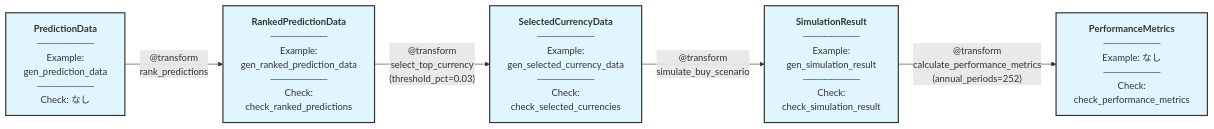
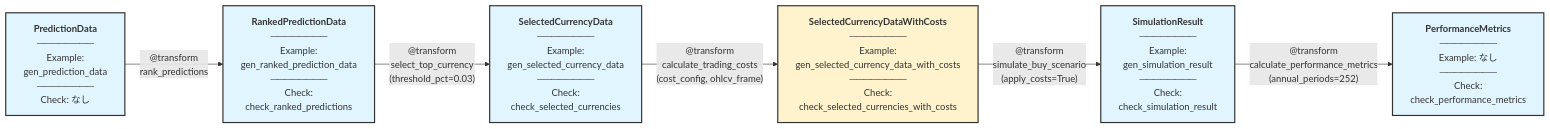
Before and after one commit to sablet/TransformFn: the diagram in doc/transformfn_spec/algo-trade-phase4-simulation-spec.md, drawn with Mermaid. The commit also changed other lines of this file and 5 other files, not shown here.

First line of the commit message:
feat: Add trading cost calculation and metrics evaluation functions

````diff
--- a/doc/transformfn_spec/algo-trade-phase4-simulation-spec.md
+++ b/doc/transformfn_spec/algo-trade-phase4-simulation-spec.md
@@ -9,23 +11,27 @@
 ```mermaid
 graph LR
     D1["<b>PredictionData</b><br/>────────<br/>Example:<br/>gen_prediction_data<br/>────────<br/>Check: なし"]
 
     D2["<b>RankedPredictionData</b><br/>────────<br/>Example:<br/>gen_ranked_prediction_data<br/>────────<br/>Check:<br/>check_ranked_predictions"]
 
     D3["<b>SelectedCurrencyData</b><br/>────────<br/>Example:<br/>gen_selected_currency_data<br/>────────<br/>Check:<br/>check_selected_currencies"]
 
+    D3_1["<b>SelectedCurrencyDataWithCosts</b><br/>────────<br/>Example:<br/>gen_selected_currency_data_with_costs<br/>────────<br/>Check:<br/>check_selected_currencies_with_costs"]
+
     D4["<b>SimulationResult</b><br/>────────<br/>Example:<br/>gen_simulation_result<br/>────────<br/>Check:<br/>check_simulation_result"]
 
     D5["<b>PerformanceMetrics</b><br/>────────<br/>Example: なし<br/>────────<br/>Check:<br/>check_performance_metrics"]
 
     D1 -->|"@transform<br/>rank_predictions"| D2
     D2 -->|"@transform<br/>select_top_currency<br/>(threshold_pct=0.03)"| D3
-    D3 -->|"@transform<br/>simulate_buy_scenario"| D4
+    D3 -->|"@transform<br/>calculate_trading_costs<br/>(cost_config, ohlcv_frame)"| D3_1
+    D3_1 -->|"@transform<br/>simulate_buy_scenario<br/>(apply_costs=True)"| D4
     D4 -->|"@transform<br/>calculate_performance_metrics<br/>(annual_periods=252)"| D5
 
     style D1 fill:#e1f5ff,stroke:#333,stroke-width:2px
     style D2 fill:#e1f5ff,stroke:#333,stroke-width:2px
     style D3 fill:#e1f5ff,stroke:#333,stroke-width:2px
+    style D3_1 fill:#fff3cd,stroke:#333,stroke-width:2px
     style D4 fill:#e1f5ff,stroke:#333,stroke-width:2px
     style D5 fill:#e1f5ff,stroke:#333,stroke-width:2px
 ```
````
